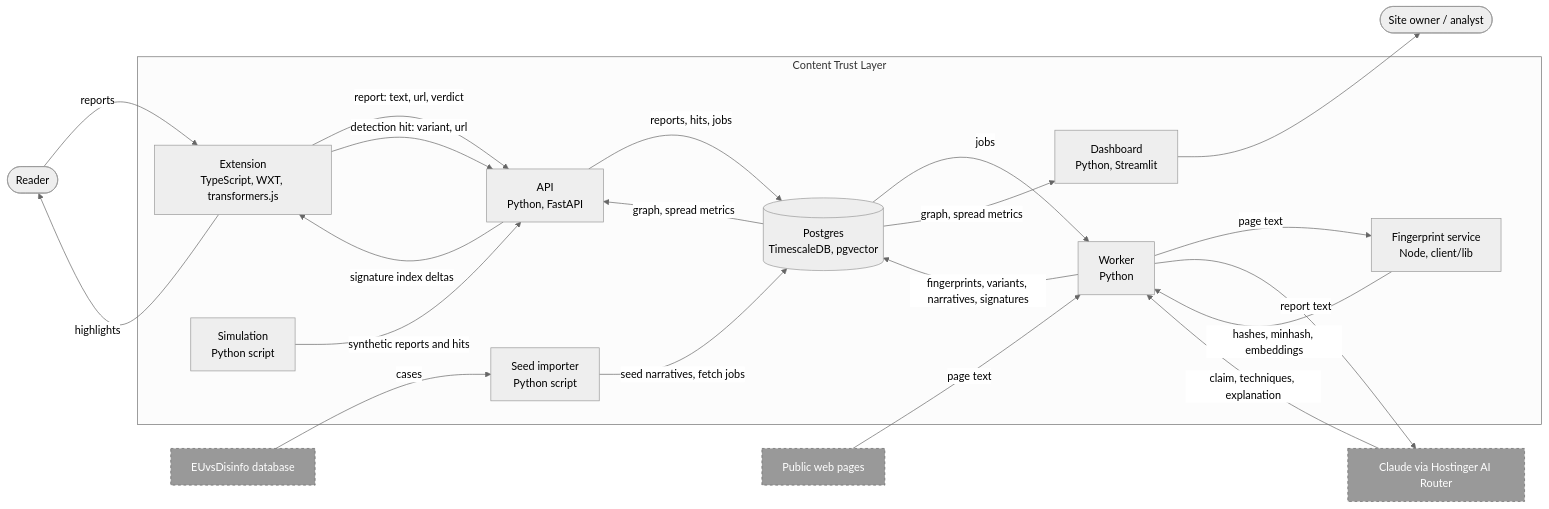
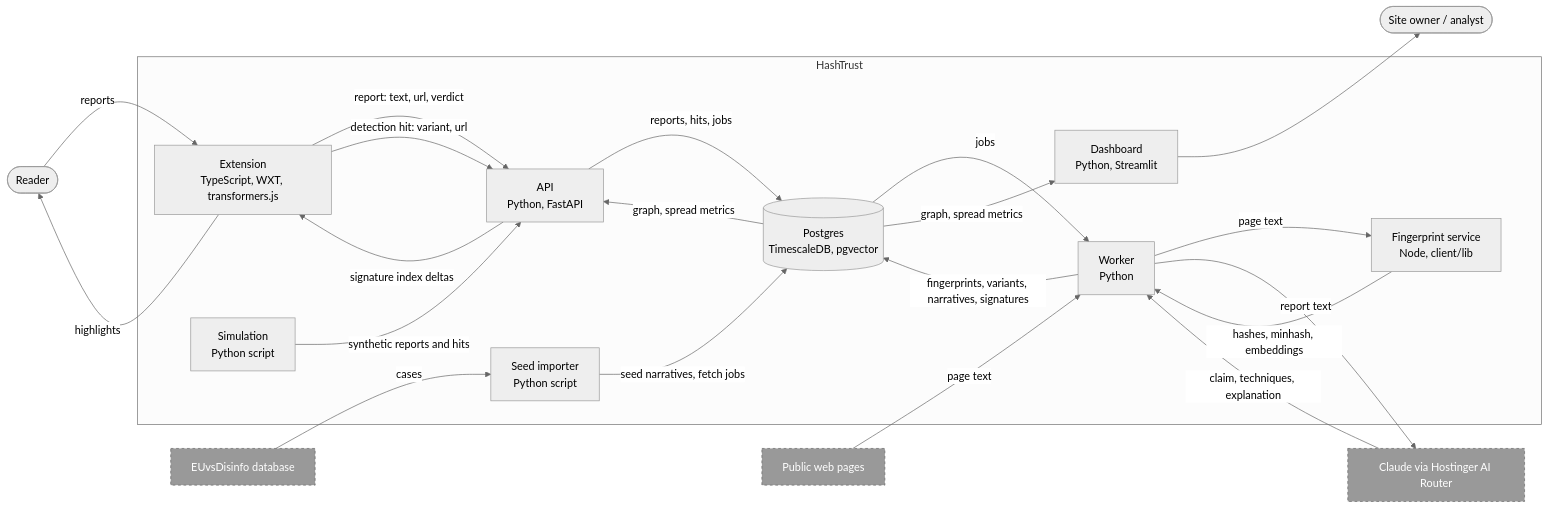
One commit to nlinnanen/konklaavi changed the second of 4 diagrams in docs/components.md. Above: the diagram before and after it, drawn with Mermaid (neutral theme). The commit also changed other lines of this file and 23 other files, not shown here.

Commit message:
chore: rename the app to HashTrust

````diff
--- a/docs/components.md
+++ b/docs/components.md
@@ -30,43 +30,43 @@
 ```mermaid
 flowchart LR
   Reader(["Reader"])
   Owner(["Site owner / analyst"])
 
-  subgraph Sys["Content Trust Layer"]
+  subgraph Sys["HashTrust"]
     Ext["Extension<br/>TypeScript, WXT, transformers.js"]
     API["API<br/>Python, FastAPI"]
     Worker["Worker<br/>Python"]
     FPS["Fingerprint service<br/>Node, client/lib"]
     DB[("Postgres<br/>TimescaleDB, pgvector")]
     Dash["Dashboard<br/>Python, Streamlit"]
     Seed["Seed importer<br/>Python script"]
     Sim["Simulation<br/>Python script"]
   end
 
   Web["Public web pages"]
   EU["EUvsDisinfo database"]
   Claude["Claude via Hostinger AI Router"]
 
   Reader -->|reports| Ext
   Ext -->|highlights| Reader
   Ext -->|"report: text, url, verdict"| API
   Ext -->|"detection hit: variant, url"| API
   API -->|signature index deltas| Ext
   API -->|reports, hits, jobs| DB
   DB -->|jobs| Worker
   Worker -->|"fingerprints, variants, narratives, signatures"| DB
   Web -->|page text| Worker
   Worker -->|page text| FPS
   FPS -->|"hashes, minhash, embeddings"| Worker
   Worker -->|report text| Claude
   Claude -->|claim, techniques, explanation| Worker
   EU -->|cases| Seed
   Seed -->|seed narratives, fetch jobs| DB
   DB -->|graph, spread metrics| API
   DB -->|graph, spread metrics| Dash
   Dash --> Owner
   Sim -->|synthetic reports and hits| API
 
   classDef ext fill:#999,stroke:#666,stroke-dasharray:4,color:#fff
   class Web,EU,Claude ext
 ```
````
